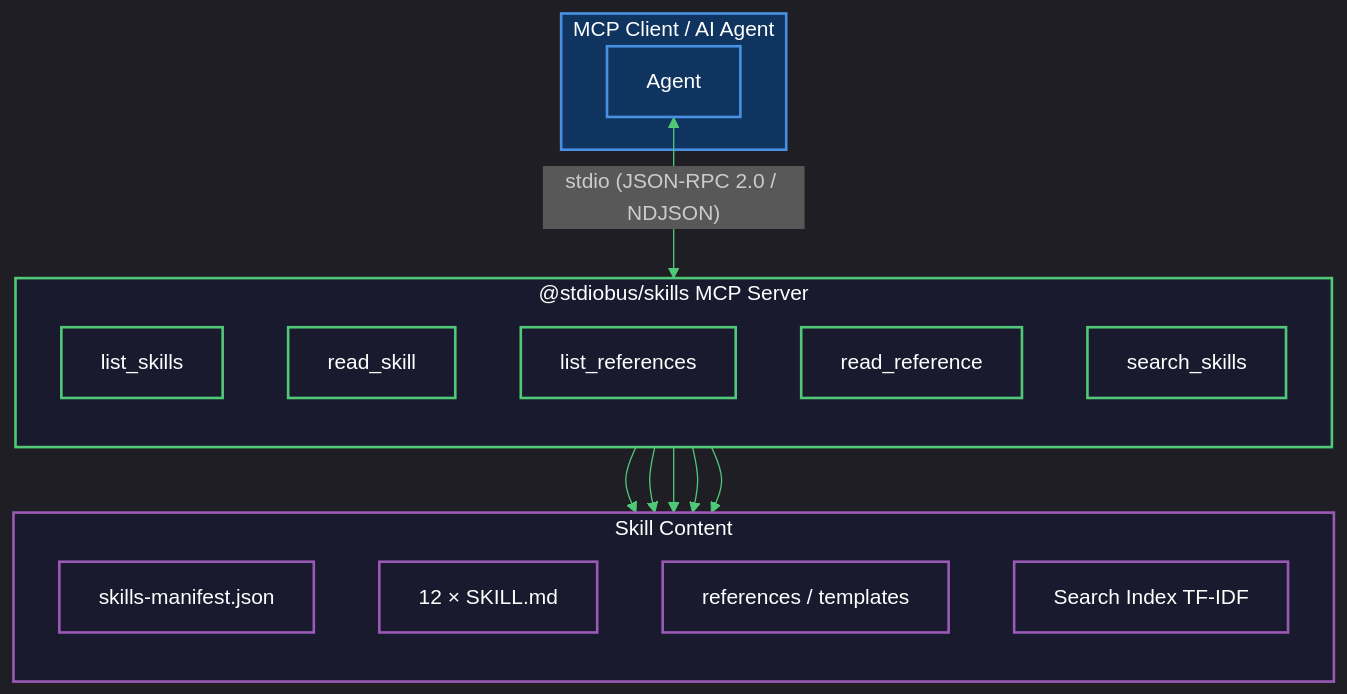
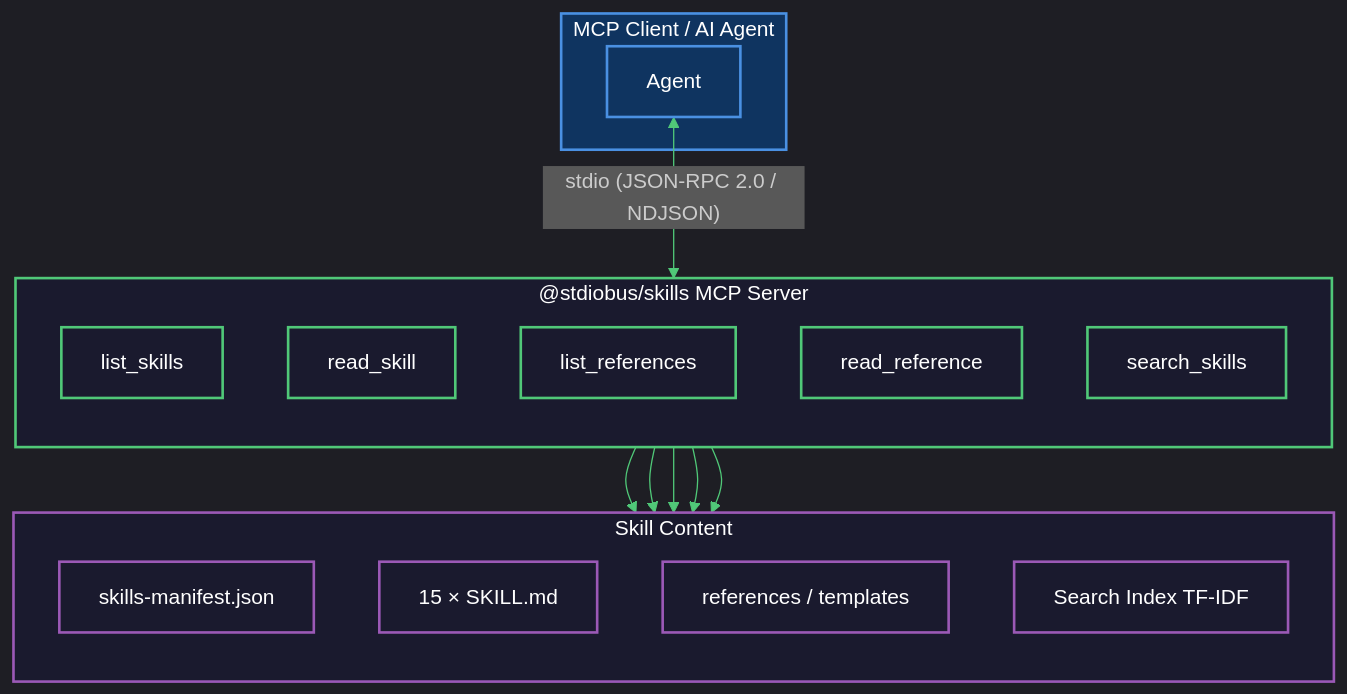
The fifth of 7 diagrams in README.md (stdiobus/skills), drawn with Mermaid before and after one commit. The commit also changed other lines of this file and 2 other files, not shown here.

First line of the commit message:
docs(agent-skills): add stdio Bus SDK skill collection and update skill count

````diff
--- a/README.md
+++ b/README.md
@@ -440,43 +493,43 @@
 ```mermaid
 %%{init: {'theme':'dark', 'themeVariables':{'primaryColor':'#1a1a2e','primaryTextColor':'#fff','primaryBorderColor':'#4a90e2','lineColor':'#50c878','secondaryColor':'#16213e','tertiaryColor':'#0f3460'}}}%%
 flowchart TB
   subgraph CLIENT["MCP Client / AI Agent"]
     AG[Agent]
   end
 
   subgraph SERVER["@stdiobus/skills MCP Server"]
     direction TB
     LS[list_skills]
     RS[read_skill]
     LR[list_references]
     RR[read_reference]
     SS[search_skills]
   end
 
   subgraph CONTENT["Skill Content"]
     direction TB
     MF[skills-manifest.json]
-    SK[12 × SKILL.md]
+    SK[15 × SKILL.md]
     RF[references / templates]
     SI[Search Index TF-IDF]
   end
 
   AG <-->|"stdio (JSON-RPC 2.0 / NDJSON)"| SERVER
   LS --> MF
   RS --> SK
   LR --> RF
   RR --> RF
   SS --> SI
 
   style CLIENT fill:#0f3460,stroke:#4a90e2,stroke-width:2px,color:#fff
   style SERVER fill:#1a1a2e,stroke:#50c878,stroke-width:2px,color:#fff
   style CONTENT fill:#1a1a2e,stroke:#9b59b6,stroke-width:2px,color:#fff
 
   classDef clientNode fill:#0f3460,stroke:#4a90e2,stroke-width:2px,color:#fff
   classDef serverNode fill:#1a1a2e,stroke:#50c878,stroke-width:2px,color:#fff
   classDef contentNode fill:#1a1a2e,stroke:#9b59b6,stroke-width:2px,color:#fff
 
   class AG clientNode
   class LS,RS,LR,RR,SS serverNode
   class MF,SK,RF,SI contentNode
 ```
````
